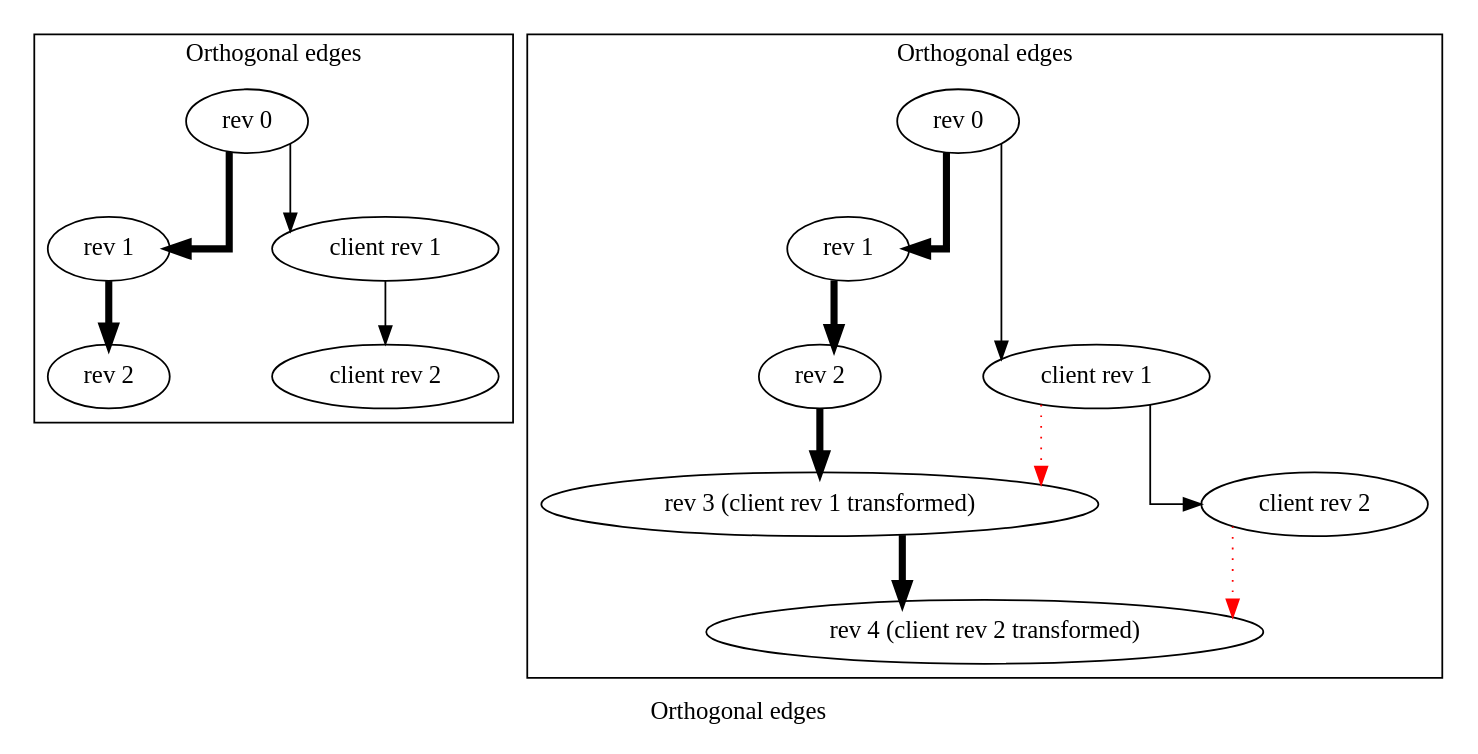
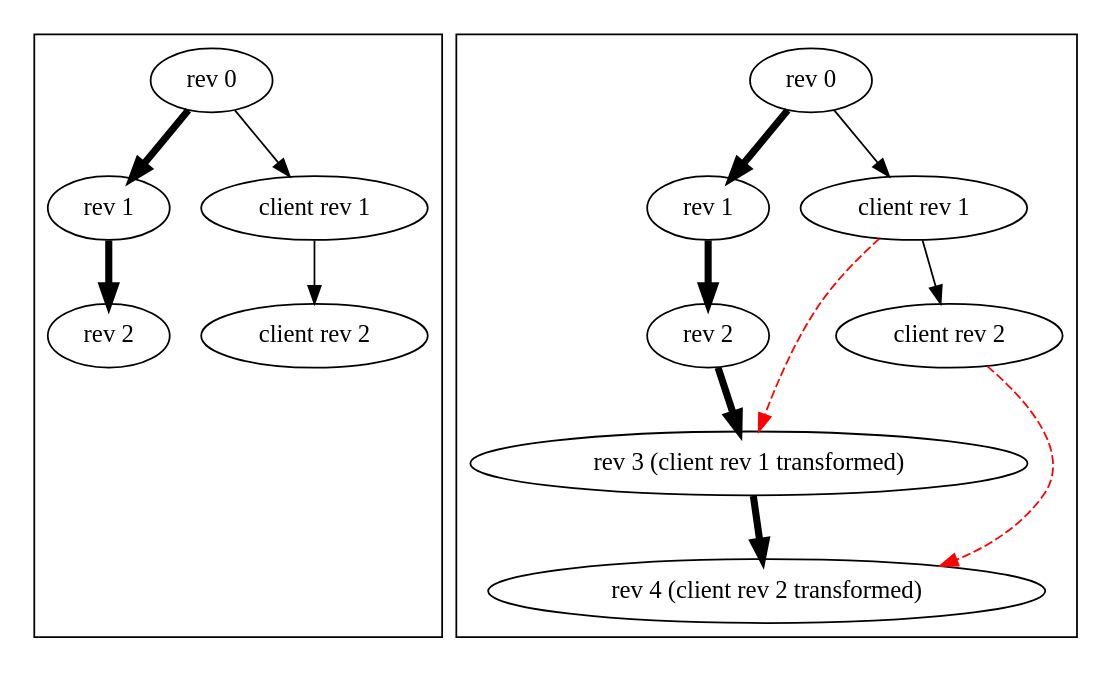
One commit to kindone/text-versioncontrol changed the diagram in doc/merge.dot. Above: the diagram before and after it, drawn with Graphviz. The commit also changed 8 other files, not shown here.

```diff
--- a/doc/merge.dot
+++ b/doc/merge.dot
@@ -1,30 +1,36 @@
 digraph merge {
-  graph [label="Orthogonal edges", splines=ortho, nodesep=0.8]
+  //graph [label="Orthogonal edges", splines=ortho, nodesep=0.8]
   subgraph cluster_0 {
     b_rev0 [label="rev 0"]
     b_rev1 [label="rev 1"]
     b_rev2 [label="rev 2"]
     b_client1 [label="client rev 1"]
     b_client2 [label="client rev 2"]
+    inv1 [style=invisible]
+    inv2 [style=invisible]
 
     b_rev0 -> b_rev1 -> b_rev2 [penwidth=4]
     b_rev0 -> b_client1 -> b_client2
+    b_rev2 -> inv1 -> inv2 [style=invisible, arrowhead=none]
   }
 
   subgraph cluster_1 {
     rev0 [label="rev 0"]
     rev1 [label="rev 1"]
     rev2 [label="rev 2"]
     client1 [label="client rev 1"]
     client2 [label="client rev 2"]
     client1_ [label="rev 3 (client rev 1 transformed)"]
     client2_ [label="rev 4 (client rev 2 transformed)"]
 
     rev0 -> rev1 -> rev2 [penwidth=4]
+    rev0 -> client1 -> client2
     rev2 -> client1_ -> client2_ [penwidth=4]
-    rev0 -> client1 -> client2
-    client1 -> client1_ [style="dotted", color=red]
-    client2 -> client2_ [style="dotted", color=red]
+    client1 -> client1_ [style="dashed", color=red]
+    client2 -> client2_ [style="dashed", color=red]
+
+    {rank = same; rev1; client1}
+    {rank = same; rev2; client2}
   }
   
 }
```
